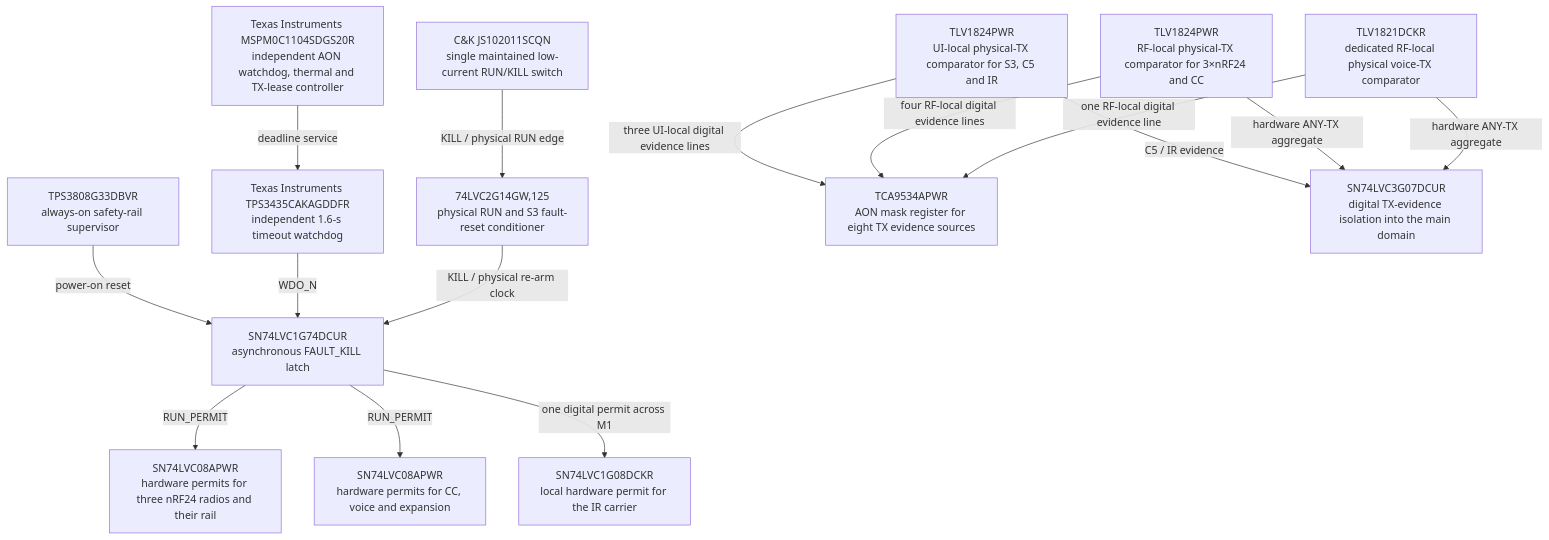
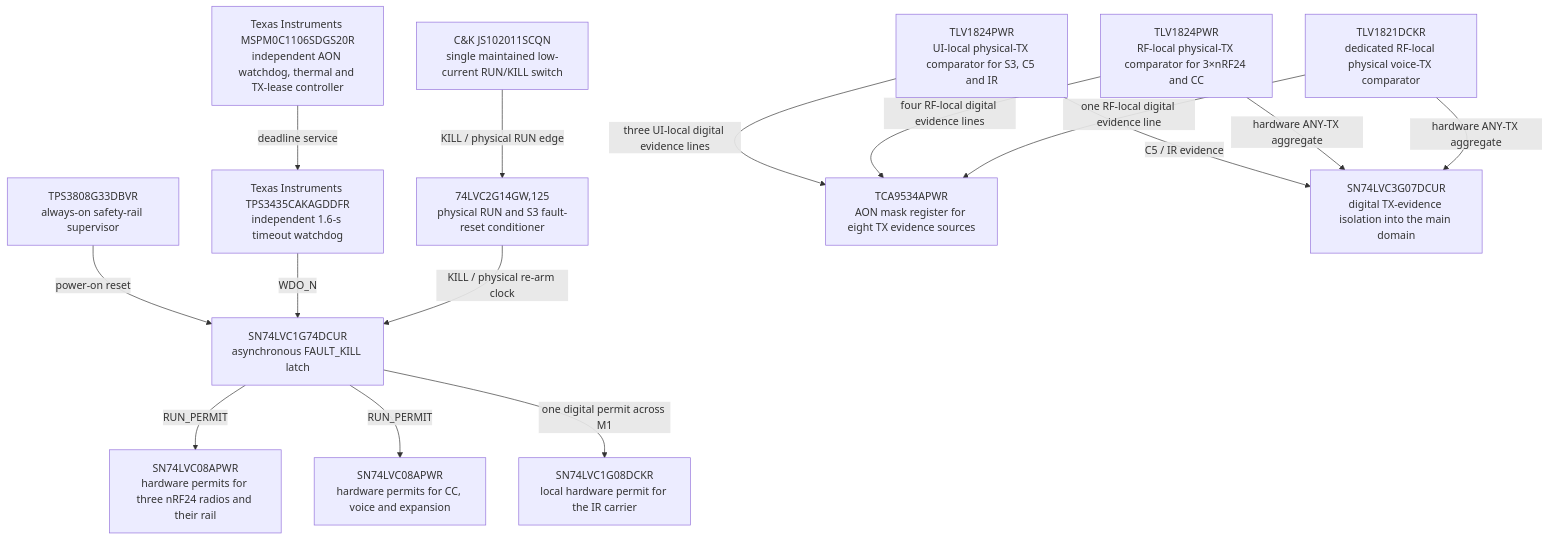
Before and after one commit to anton-vinogradov/esp32-leshy2: the tenth of 10 diagrams in README.md, drawn with Mermaid. The commit also changed other lines of this file and 23 other files, not shown here.

````diff
--- a/README.md
+++ b/README.md
@@ -320,31 +320,31 @@
 ```mermaid
 flowchart TD
 POWER_COMMAND_SWITCH["C&K JS102011SCQN<br/>single maintained low-current RUN/KILL switch"]
 SAFE_SUPERVISOR["TPS3808G33DBVR<br/>always-on safety-rail supervisor"]
-SAFETY_CONTROLLER["Texas Instruments MSPM0C1104SDGS20R<br/>independent AON watchdog, thermal and TX-lease controller"]
+SAFETY_CONTROLLER["Texas Instruments MSPM0C1106SDGS20R<br/>independent AON watchdog, thermal and TX-lease controller"]
 SAFETY_WATCHDOG["Texas Instruments TPS3435CAKAGDDFR<br/>independent 1.6-s timeout watchdog"]
 SAFE_CONDITIONER["74LVC2G14GW,125<br/>physical RUN and S3 fault-reset conditioner"]
 SAFE_LATCH["SN74LVC1G74DCUR<br/>asynchronous FAULT_KILL latch"]
 SAFE_GATE_A["SN74LVC08APWR<br/>hardware permits for three nRF24 radios and their rail"]
 SAFE_GATE_B["SN74LVC08APWR<br/>hardware permits for CC, voice and expansion"]
 IR_SAFE_GATE["SN74LVC1G08DCKR<br/>local hardware permit for the IR carrier"]
 EVIDENCE_CMP_A["TLV1824PWR<br/>UI-local physical-TX comparator for S3, C5 and IR"]
 EVIDENCE_CMP_B["TLV1824PWR<br/>RF-local physical-TX comparator for 3×nRF24 and CC"]
 EVIDENCE_CMP_VOICE["TLV1821DCKR<br/>dedicated RF-local physical voice-TX comparator"]
 EVIDENCE_MASK["TCA9534APWR<br/>AON mask register for eight TX evidence sources"]
 EVIDENCE_MAIN_ISOLATOR["SN74LVC3G07DCUR<br/>digital TX-evidence isolation into the main domain"]
   SAFE_SUPERVISOR -->|"power-on reset"| SAFE_LATCH
   POWER_COMMAND_SWITCH -->|"KILL / physical RUN edge"| SAFE_CONDITIONER
   SAFETY_CONTROLLER -->|"deadline service"| SAFETY_WATCHDOG
   SAFETY_WATCHDOG -->|"WDO_N"| SAFE_LATCH
   SAFE_CONDITIONER -->|"KILL / physical re-arm clock"| SAFE_LATCH
   SAFE_LATCH -->|"RUN_PERMIT"| SAFE_GATE_A
   SAFE_LATCH -->|"RUN_PERMIT"| SAFE_GATE_B
   SAFE_LATCH -->|"one digital permit across M1"| IR_SAFE_GATE
   EVIDENCE_CMP_A -->|"three UI-local digital evidence lines"| EVIDENCE_MASK
   EVIDENCE_CMP_B -->|"four RF-local digital evidence lines"| EVIDENCE_MASK
   EVIDENCE_CMP_VOICE -->|"one RF-local digital evidence line"| EVIDENCE_MASK
   EVIDENCE_CMP_A -->|"C5 / IR evidence"| EVIDENCE_MAIN_ISOLATOR
   EVIDENCE_CMP_B -->|"hardware ANY-TX aggregate"| EVIDENCE_MAIN_ISOLATOR
   EVIDENCE_CMP_VOICE -->|"hardware ANY-TX aggregate"| EVIDENCE_MAIN_ISOLATOR
 ```
````
